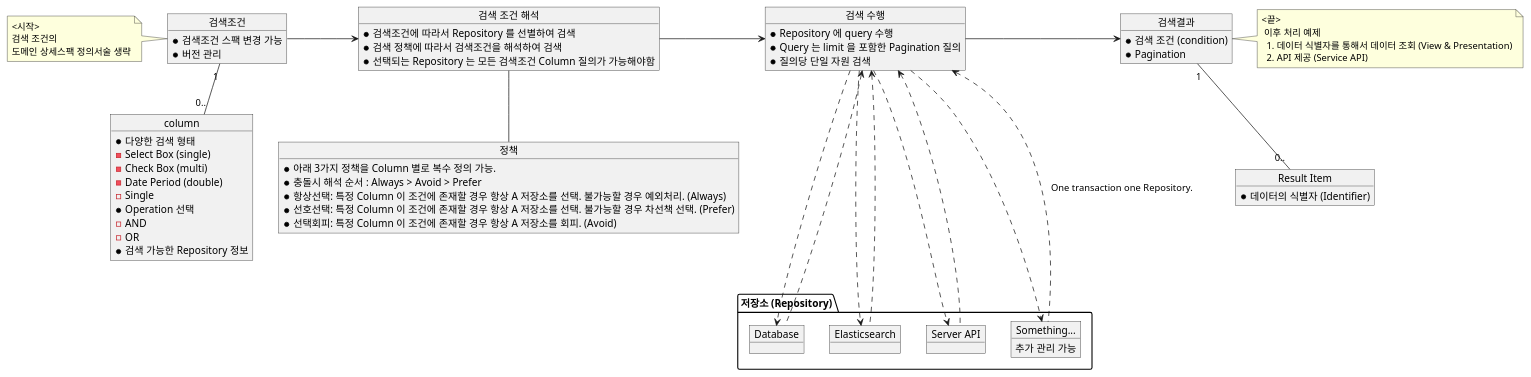
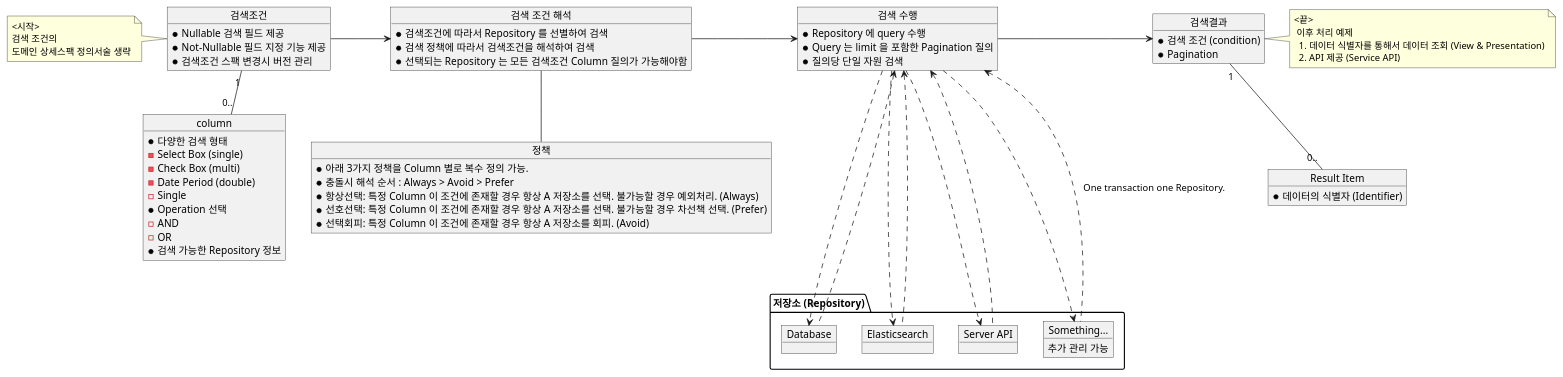
One commit to Deanly/flexible-integrated-searcher changed the diagram in src/main/java/net/deanly/structure/search/domain/search/_doc/domain_diagram.puml. Above: the diagram before and after it, drawn with PlantUML. The commit also changed 22 other files, not shown here.

```diff
--- a/src/main/java/net/deanly/structure/search/domain/search/_doc/domain_diagram.puml
+++ b/src/main/java/net/deanly/structure/search/domain/search/_doc/domain_diagram.puml
@@ -1,91 +1,92 @@
 @startuml
 
 object "검색조건" as condition {
-    * 검색조건 스팩 변경 가능
-    * 버전 관리
+    * Nullable 검색 필드 제공
+    * Not-Nullable 필드 지정 기능 제공
+    * 검색조건 스팩 변경시 버전 관리
 }
 
 note left of condition: <시작>\n검색 조건의 \n도메인 상세스팩 정의서술 생략
 
 object column {
     * 다양한 검색 형태
     - Select Box (single)
     - Check Box (multi)
     - Date Period (double)
     - Single
     * Operation 선택
     - AND
     - OR
     * 검색 가능한 Repository 정보
 }
 
 object "검색 수행" as search {
     * Repository 에 query 수행
     * Query 는 limit 을 포함한 Pagination 질의
     * 질의당 단일 자원 검색
 }
 
 object "검색결과" as result {
     * 검색 조건 (condition)
     * Pagination
 }
 
 object "검색 조건 해석" as translator {
     * 검색조건에 따라서 Repository 를 선별하여 검색
     * 검색 정책에 따라서 검색조건을 해석하여 검색
     * 선택되는 Repository 는 모든 검색조건 Column 질의가 가능해야함
 }
 
 object "정책" as policy {
     * 아래 3가지 정책을 Column 별로 복수 정의 가능.
     * 충돌시 해석 순서 : Always > Avoid > Prefer
     * 항상선택: 특정 Column 이 조건에 존재할 경우 항상 A 저장소를 선택. 불가능할 경우 예외처리. (Always)
     * 선호선택: 특정 Column 이 조건에 존재할 경우 항상 A 저장소를 선택. 불가능할 경우 차선책 선택. (Prefer)
     * 선택회피: 특정 Column 이 조건에 존재할 경우 항상 A 저장소를 회피. (Avoid)
 }
 
 object "Result Item" as item {
     * 데이터의 식별자 (Identifier)
 }
 note right of result: <끝>\n 이후 처리 예제\n  1. 데이터 식별자를 통해서 데이터 조회 (View & Presentation)\n  2. API 제공 (Service API)
 'object "결과 처리 (example)" as nextstep {
 '    <끝>
 '    1. 데이터 식별자를 통해서 데이터 조회 (View & Presentation)
 '    2. API 제공 (Service API)
 '}
 
 package "저장소 (Repository)" as repository {
     object "Database" as database {
     }
 
     object "Elasticsearch" as es {
     }
 
     object "Server API" as api {
     }
 
     object "Something..." as something {
         추가 관리 가능
     }
 }
 
 condition "1" -- "0.." column
 condition -> translator
 
 translator -> search
 translator -- policy
 
 search -> result
 
 result "1" -- "0.." item
 
 search ..> database
 search <.. database
 search ...> es
 search <... es
 search ...> api
 search <... api
 search ..> something
 search <.. something : One transaction one Repository.
 
 @enduml
```
